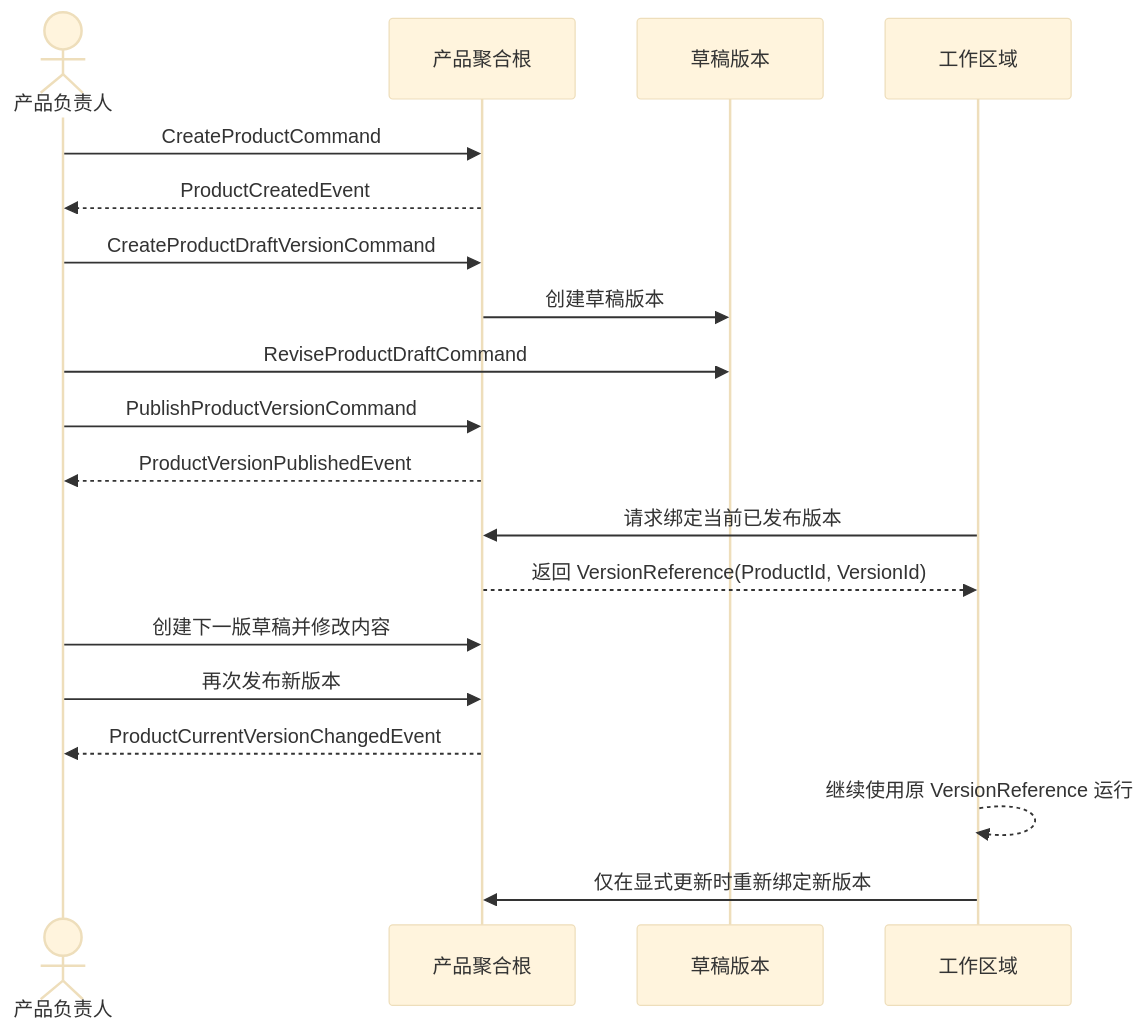
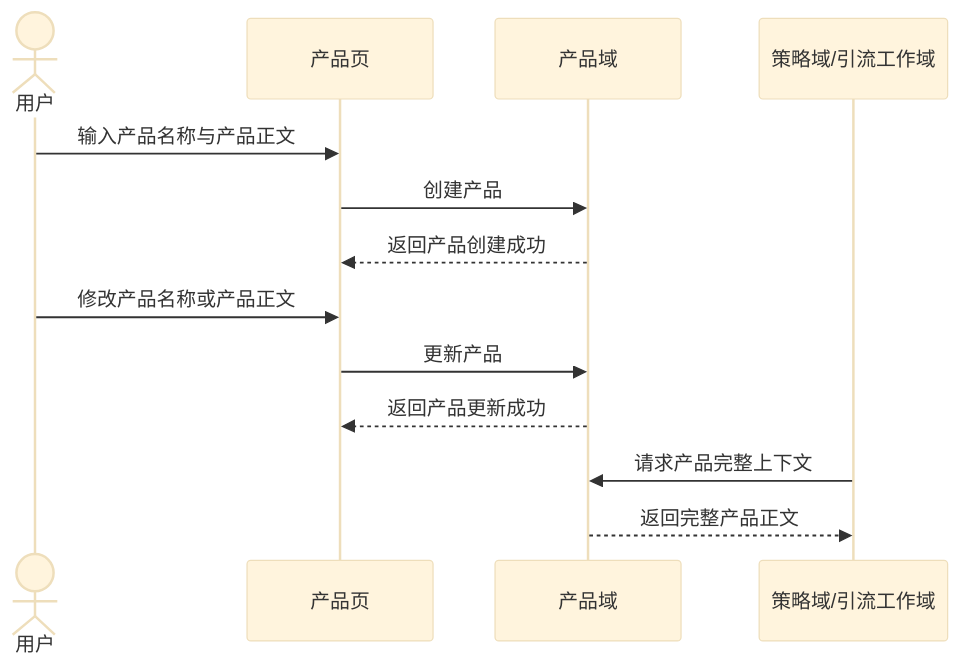
The second of 2 diagrams in docs/design/domain/Cybernomads产品领域设计文档.md (Time-Machine-Lab/CyberNomads), drawn with Mermaid (base theme) before and after one commit. The commit also changed other lines of this file and 30 other files, not shown here.

````diff
--- a/docs/design/domain/Cybernomads产品领域设计文档.md
+++ b/docs/design/domain/Cybernomads产品领域设计文档.md
@@ -141,22 +93,18 @@
 ```mermaid
 sequenceDiagram
-    actor Owner as 产品负责人
-    participant Product as 产品聚合根
-    participant Draft as 草稿版本
-    participant Workspace as 工作区域
+    actor User as 用户
+    participant ProductPage as 产品页
+    participant ProductDomain as 产品域
+    participant StrategyOrWork as 策略域/引流工作域
 
-    Owner->>Product: CreateProductCommand
-    Product-->>Owner: ProductCreatedEvent
-    Owner->>Product: CreateProductDraftVersionCommand
-    Product->>Draft: 创建草稿版本
-    Owner->>Draft: ReviseProductDraftCommand
-    Owner->>Product: PublishProductVersionCommand
-    Product-->>Owner: ProductVersionPublishedEvent
-    Workspace->>Product: 请求绑定当前已发布版本
-    Product-->>Workspace: 返回 VersionReference(ProductId, VersionId)
-    Owner->>Product: 创建下一版草稿并修改内容
-    Owner->>Product: 再次发布新版本
-    Product-->>Owner: ProductCurrentVersionChangedEvent
-    Workspace-->>Workspace: 继续使用原 VersionReference 运行
-    Workspace->>Product: 仅在显式更新时重新绑定新版本
+    User->>ProductPage: 输入产品名称与产品正文
+    ProductPage->>ProductDomain: 创建产品
+    ProductDomain-->>ProductPage: 返回产品创建成功
+
+    User->>ProductPage: 修改产品名称或产品正文
+    ProductPage->>ProductDomain: 更新产品
+    ProductDomain-->>ProductPage: 返回产品更新成功
+
+    StrategyOrWork->>ProductDomain: 请求产品完整上下文
+    ProductDomain-->>StrategyOrWork: 返回完整产品正文
 ```
````
